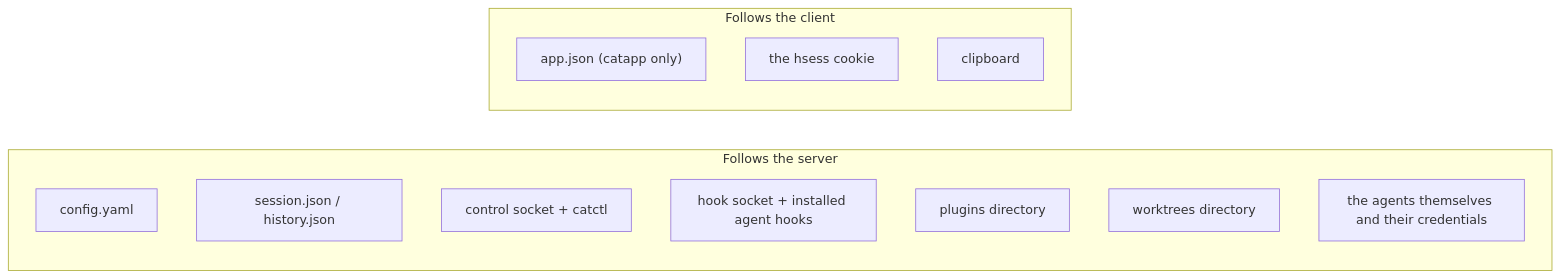
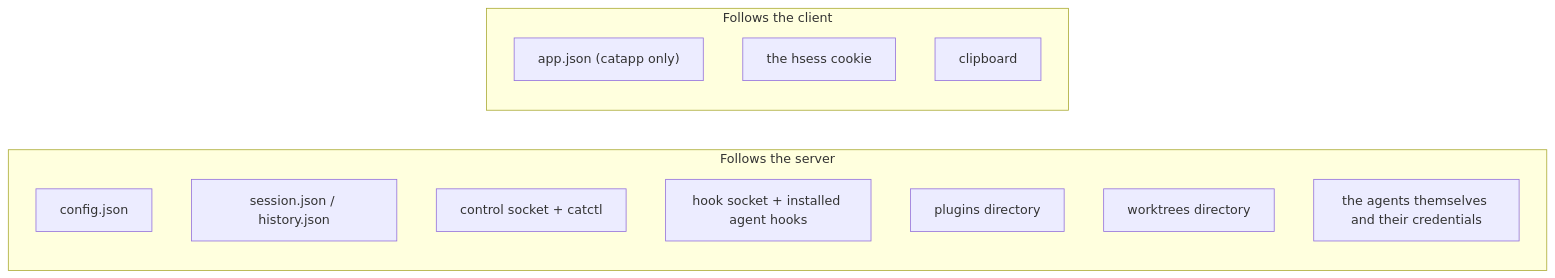
Before and after one commit to rohanthewiz/cats: the second of 2 diagrams in docs/architecture/choosing-a-topology.md, drawn with Mermaid. The commit also changed other lines of this file and 37 other files, not shown here.

First line of the commit message:
settings: one config.json and a tabbed Settings screen (⌘,)

````diff
--- a/docs/architecture/choosing-a-topology.md
+++ b/docs/architecture/choosing-a-topology.md
@@ -69,18 +69,18 @@
 ```mermaid
 flowchart LR
   subgraph moves["Follows the server"]
-    A["config.yaml"]
+    A["config.json"]
     B["session.json / history.json"]
     C["control socket + catctl"]
     D["hook socket + installed agent hooks"]
     E["plugins directory"]
     F["worktrees directory"]
     G["the agents themselves and their credentials"]
   end
 
   subgraph stays["Follows the client"]
     H["app.json (catapp only)"]
     I["the hsess cookie"]
     J["clipboard"]
   end
 ```
````
